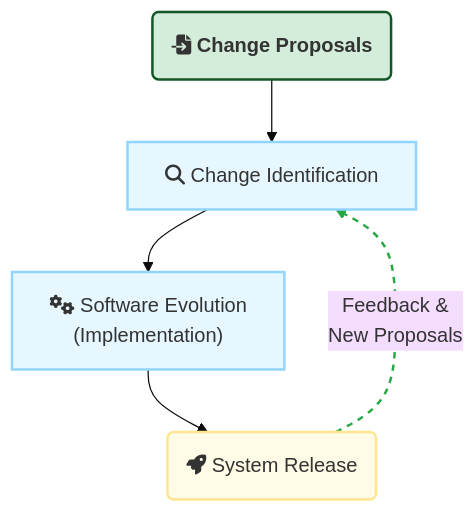
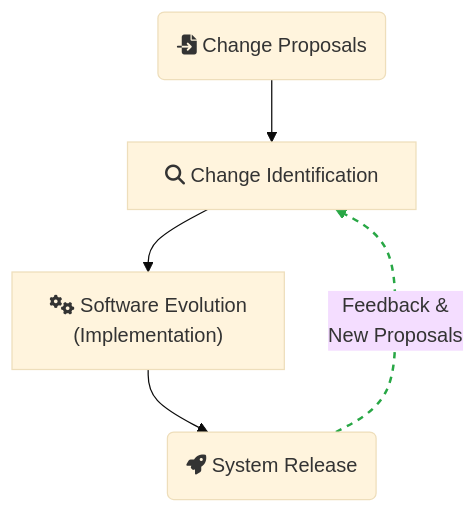
The third of 3 diagrams in docs/mca/se/u12/u13.md (sujith-eag/sujith-library), drawn with Mermaid (base theme) before and after one commit. The commit also changed other lines of this file and 41 other files, not shown here.

First line of the commit message:
Refactor diagrams and remove redundant styles in documentation

````diff
--- a/docs/mca/se/u12/u13.md
+++ b/docs/mca/se/u12/u13.md
@@ -143,13 +141,10 @@
 ```mermaid
 graph TD
-    classDef activity fill:#e6f7ff,stroke:#91d5ff,stroke-width:2px;
-    classDef success fill:#d4edda,stroke:#155724,stroke-width:2px,font-weight:bold;
-    classDef detail fill:#fffbe6,stroke:#ffe58f,stroke-width:2px;
 
     A(fa:fa-file-import Change Proposals):::success --> B[fa:fa-search Change Identification]:::activity;
     B --> C["fa:fa-cogs Software Evolution<br>(Implementation)"]:::activity;
     C --> D(fa:fa-rocket System Release):::detail;
     D -- "Feedback &<br>New Proposals" --> B;
 
     linkStyle 3 stroke:#28a745,stroke-width:2px,stroke-dasharray: 5 5;
 ```
````
